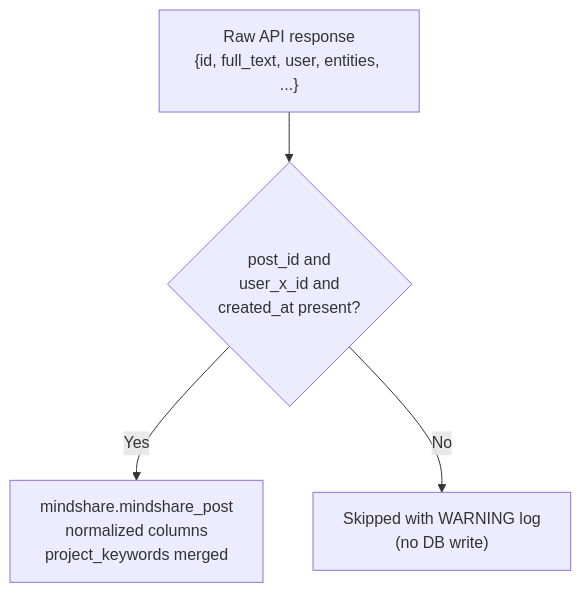
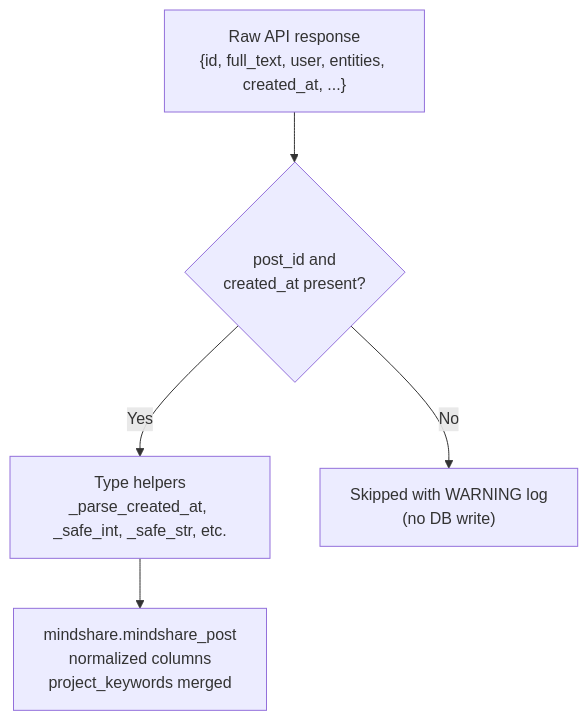
One commit to BabinJoshi/Sorsa changed the second of 2 diagrams in ingestion-docs/docs/pipeline-behavior.md. Above: the diagram before and after it, drawn with Mermaid. The commit also changed other lines of this file and 10 other files, not shown here.

````diff
--- a/ingestion-docs/docs/pipeline-behavior.md
+++ b/ingestion-docs/docs/pipeline-behavior.md
@@ -456,10 +410,13 @@
 ```mermaid
 flowchart TD
-    api["Raw API response\n{id, full_text, user, entities, ...}"]
+    api["Raw API response\n{id, full_text, user, entities, created_at, ...}"]
+    check{post_id and\ncreated_at present?}
+    helpers["Type helpers\n_parse_created_at, _safe_int, _safe_str, etc."]
     norm["mindshare.mindshare_post\nnormalized columns\nproject_keywords merged"]
-    skip{post_id and\nuser_x_id and\ncreated_at present?}
+    drop["Skipped with WARNING log\n(no DB write)"]
 
-    api --> skip
-    skip -->|Yes| norm
-    skip -->|No| drop["Skipped with WARNING log\n(no DB write)"]
+    api --> check
+    check -->|Yes| helpers
+    helpers --> norm
+    check -->|No| drop
 ```
````
